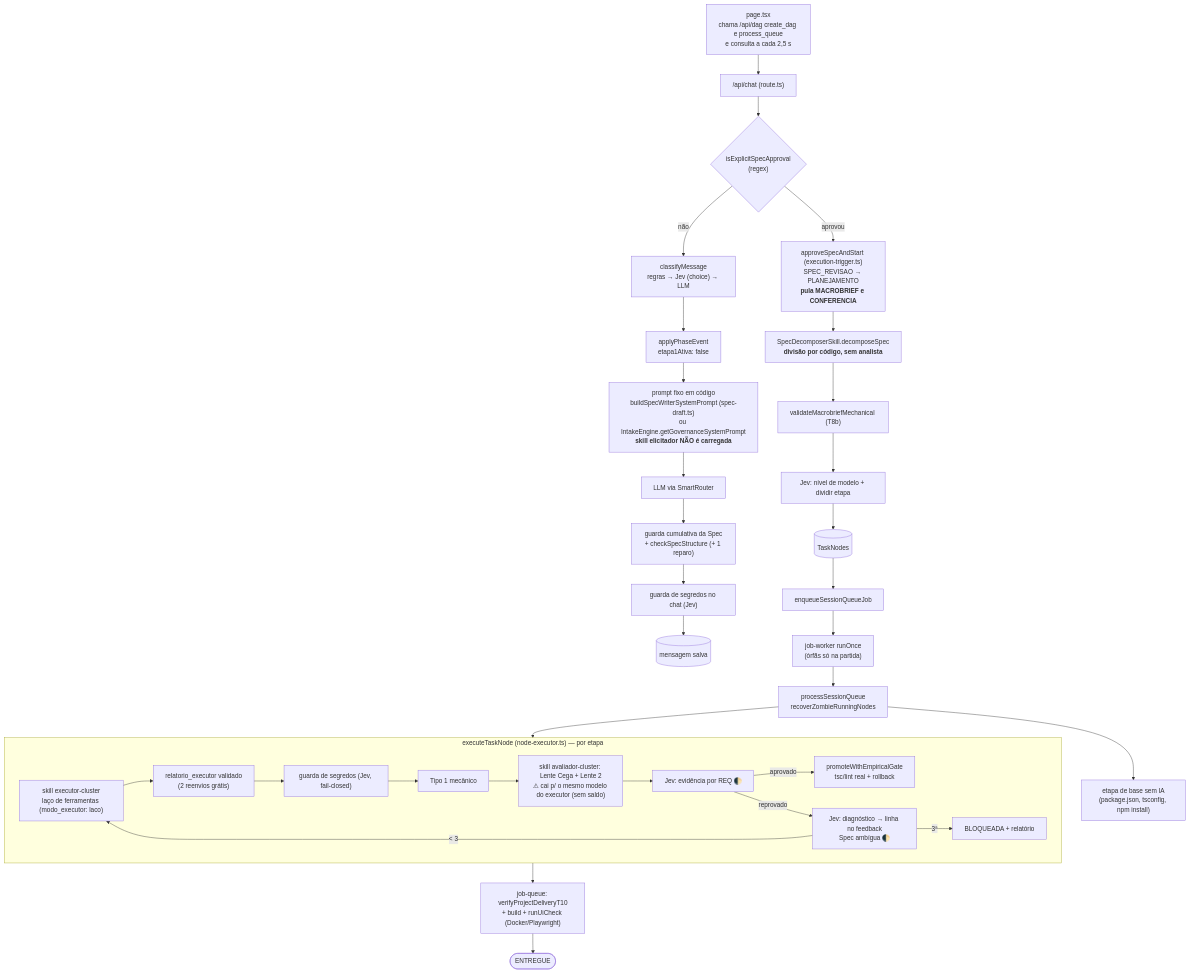
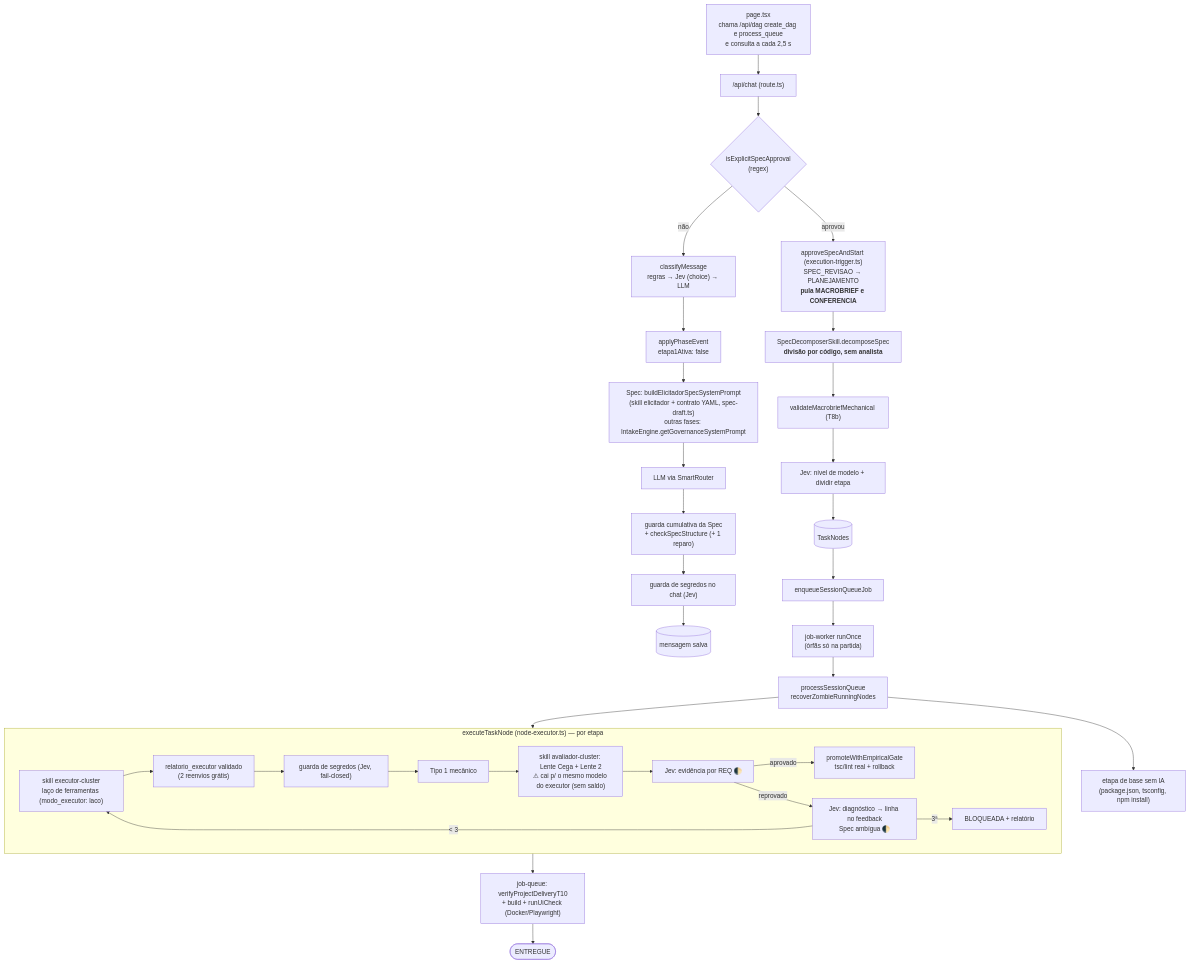
The first of 2 diagrams in docs/NEXTCODE-REFERENCIA.md (ortizpedroso/nextcode), drawn with Mermaid before and after one commit. The commit also changed other lines of this file and 2 other files, not shown here.

````diff
--- a/docs/NEXTCODE-REFERENCIA.md
+++ b/docs/NEXTCODE-REFERENCIA.md
@@ -51,31 +51,31 @@
 ```mermaid
 flowchart TD
   UI["page.tsx<br/>chama /api/dag create_dag e process_queue<br/>e consulta a cada 2,5 s"] --> CHAT
   CHAT["/api/chat (route.ts)"] --> AP{"isExplicitSpecApproval<br/>(regex)"}
   AP -->|aprovou| TRIG
   AP -->|não| CLS["classifyMessage<br/>regras → Jev (choice) → LLM"]
   CLS --> PH["applyPhaseEvent<br/>etapa1Ativa: false"]
-  PH --> PROMPT["prompt fixo em código<br/>buildSpecWriterSystemPrompt (spec-draft.ts)<br/>ou IntakeEngine.getGovernanceSystemPrompt<br/><b>skill elicitador NÃO é carregada</b>"]
+  PH --> PROMPT["Spec: buildElicitadorSpecSystemPrompt<br/>(skill elicitador + contrato YAML, spec-draft.ts)<br/>outras fases: IntakeEngine.getGovernanceSystemPrompt"]
   PROMPT --> LLM1["LLM via SmartRouter"] --> GUARD["guarda cumulativa da Spec<br/>+ checkSpecStructure (+ 1 reparo)"]
   GUARD --> SG1["guarda de segredos no chat (Jev)"] --> MSG[(mensagem salva)]
 
   TRIG["approveSpecAndStart (execution-trigger.ts)<br/>SPEC_REVISAO → PLANEJAMENTO<br/><b>pula MACROBRIEF e CONFERENCIA</b>"] --> DEC["SpecDecomposerSkill.decomposeSpec<br/><b>divisão por código, sem analista</b>"]
   DEC --> T8B["validateMacrobriefMechanical (T8b)"] --> J4["Jev: nível de modelo + dividir etapa"]
   J4 --> NODES[(TaskNodes)] --> Q["enqueueSessionQueueJob"]
   Q --> W["job-worker runOnce<br/>(órfãs só na partida)"] --> SQ["processSessionQueue<br/>recoverZombieRunningNodes"]
   SQ --> BASE["etapa de base sem IA<br/>(package.json, tsconfig, npm install)"]
   SQ --> EX
 
   subgraph EX["executeTaskNode (node-executor.ts) — por etapa"]
     E1["skill executor-cluster<br/>laço de ferramentas (modo_executor: laco)"] --> E2["relatorio_executor validado<br/>(2 reenvios grátis)"]
     E2 --> E3["guarda de segredos (Jev, fail-closed)"] --> E4["Tipo 1 mecânico"]
     E4 --> E5["skill avaliador-cluster: Lente Cega + Lente 2<br/>⚠ cai p/ o mesmo modelo do executor (sem saldo)"]
     E5 --> E6["Jev: evidência por REQ 🌓"]
     E6 -->|aprovado| E7["promoteWithEmpiricalGate<br/>tsc/lint real + rollback"]
     E6 -->|reprovado| E8["Jev: diagnóstico → linha no feedback<br/>Spec ambígua 🌓"]
     E8 -->|"< 3"| E1
     E8 -->|"3ª"| E9["BLOQUEADA + relatório"]
   end
 
   EX --> T10["job-queue: verifyProjectDeliveryT10<br/>+ build + runUiCheck (Docker/Playwright)"] --> ENT([ENTREGUE])
 ```
````
